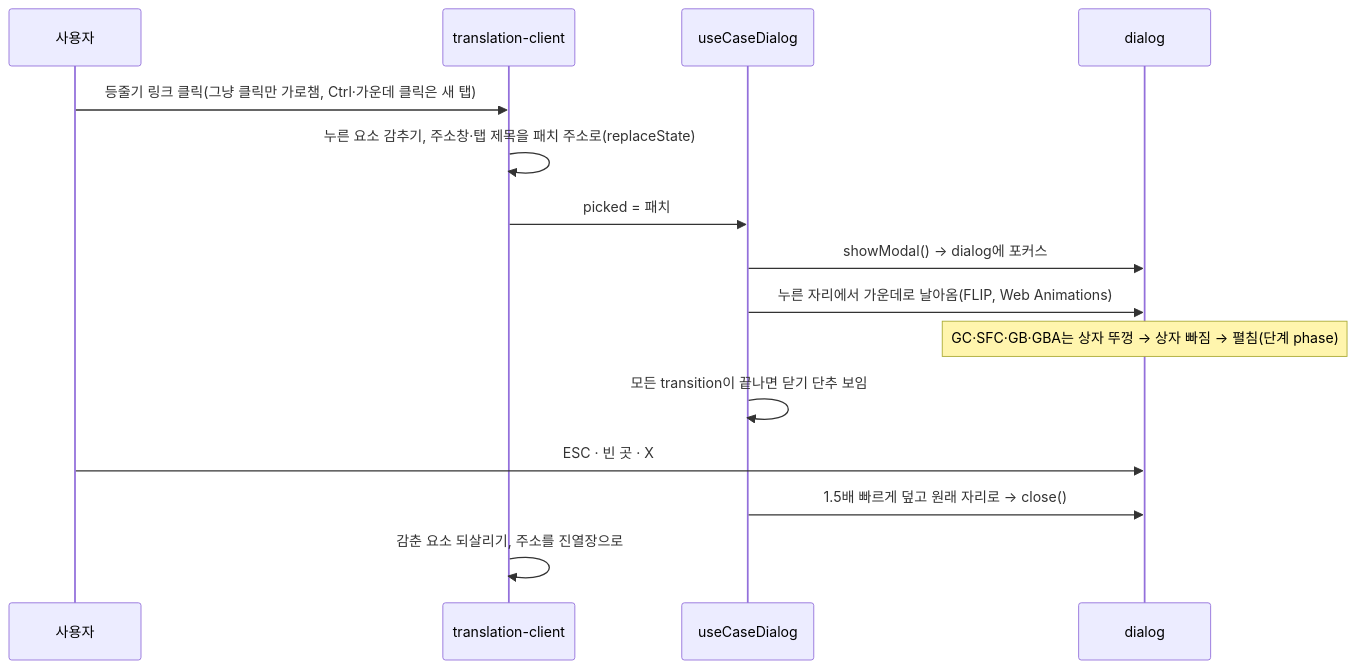
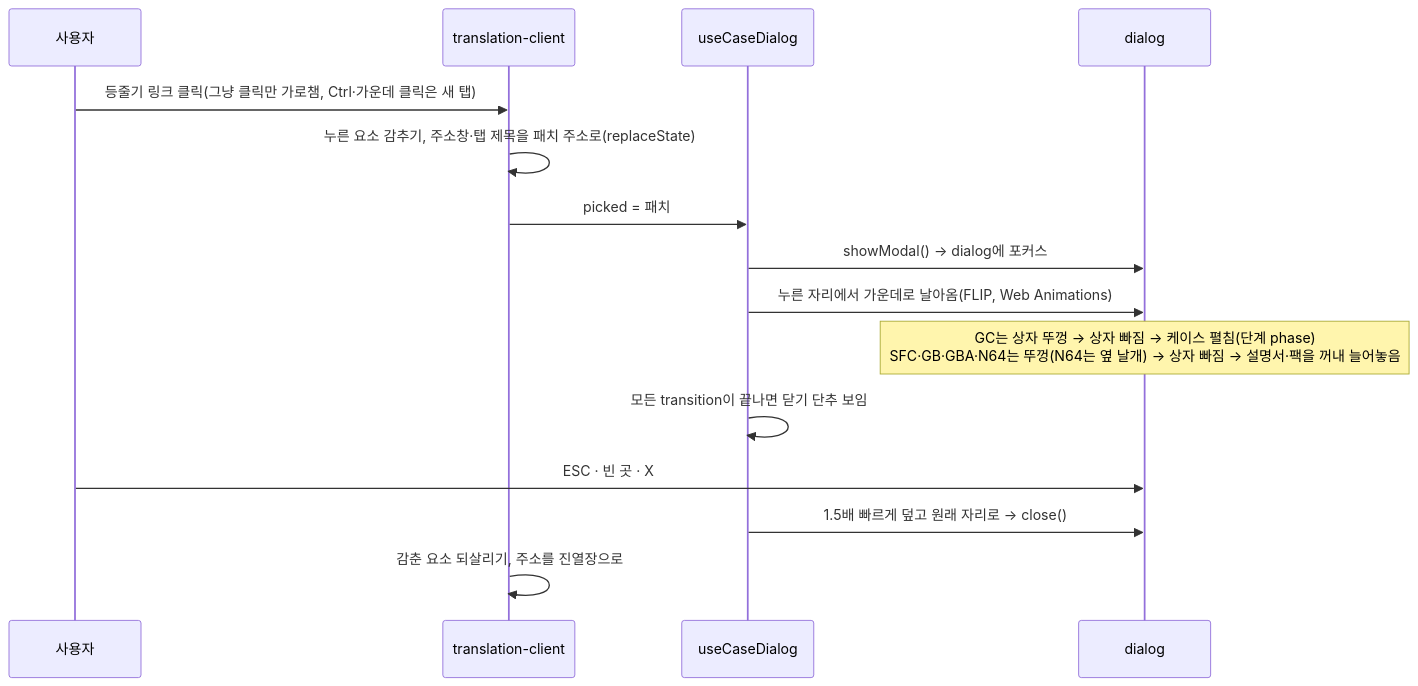
One commit to arqhive/arqhive-web changed the fifth of 16 diagrams in app-flow.md. Above: the diagram before and after it, drawn with Mermaid. The commit also changed 10 other files, not shown here.

First line of the commit message:
카트리지 상자 열기: 설명서·팩을 꺼내 늘어놓음, N64 상자·팩 추가

````diff
--- a/app-flow.md
+++ b/app-flow.md
@@ -137,17 +137,17 @@
 ```mermaid
 sequenceDiagram
   participant U as 사용자
   participant C as translation-client
   participant H as useCaseDialog
   participant D as dialog
   U->>C: 등줄기 링크 클릭(그냥 클릭만 가로챔, Ctrl·가운데 클릭은 새 탭)
   C->>C: 누른 요소 감추기, 주소창·탭 제목을 패치 주소로(replaceState)
   C->>H: picked = 패치
   H->>D: showModal() → dialog에 포커스
   H->>D: 누른 자리에서 가운데로 날아옴(FLIP, Web Animations)
-  Note over D: GC·SFC·GB·GBA는 상자 뚜껑 → 상자 빠짐 → 펼침(단계 phase)
+  Note over D: GC는 상자 뚜껑 → 상자 빠짐 → 케이스 펼침(단계 phase)<br/>SFC·GB·GBA·N64는 뚜껑(N64는 옆 날개) → 상자 빠짐 → 설명서·팩을 꺼내 늘어놓음
   H->>H: 모든 transition이 끝나면 닫기 단추 보임
   U->>D: ESC · 빈 곳 · X
   H->>D: 1.5배 빠르게 덮고 원래 자리로 → close()
   C->>C: 감춘 요소 되살리기, 주소를 진열장으로
 ```
````
